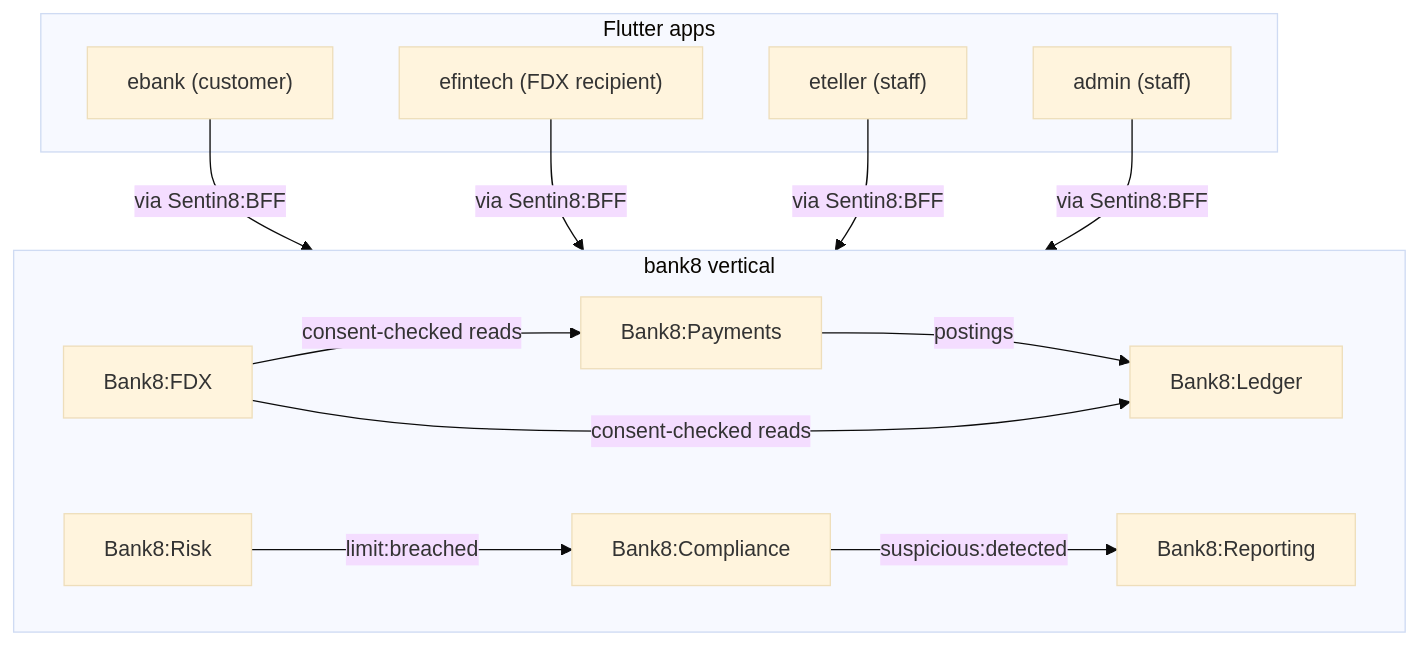
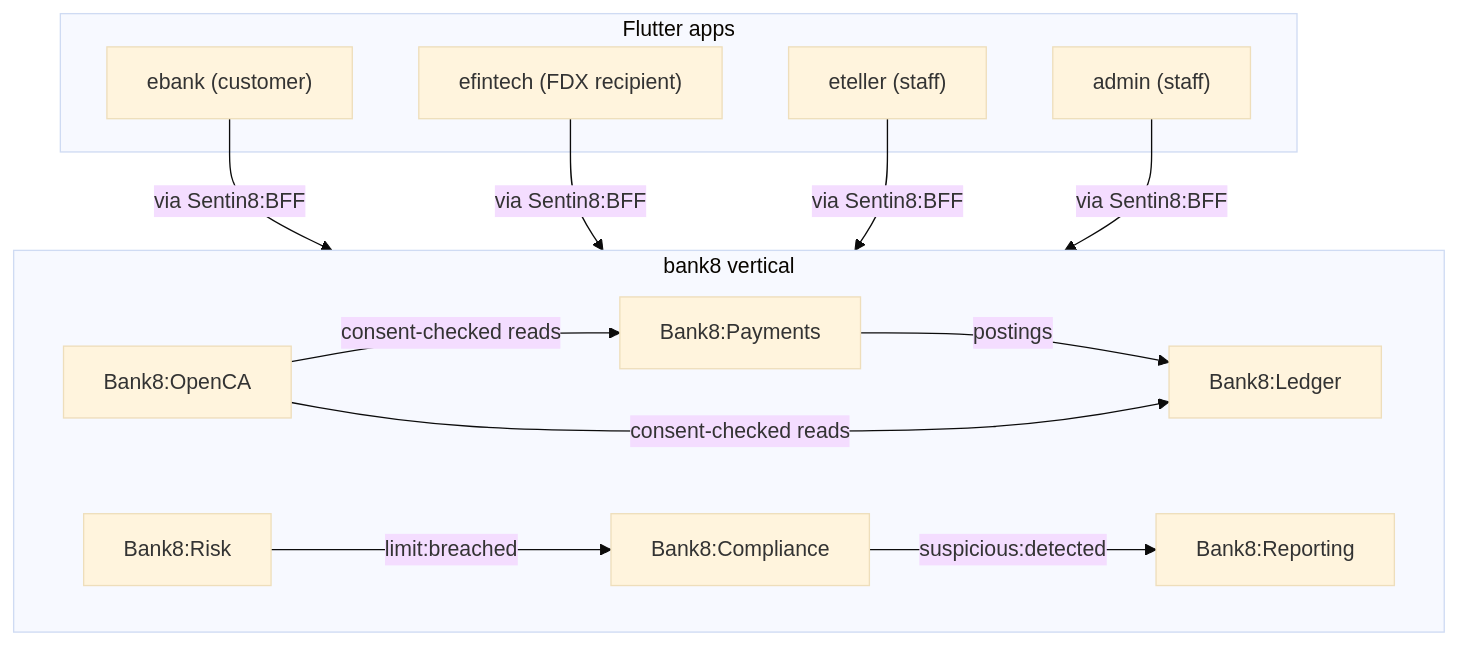
Before and after one commit to Bank8-dev/bank8-site: the diagram in docs/index.md, drawn with Mermaid (base theme). The commit also changed 300 other files, not shown here.

First line of the commit message:
OBARCH: bank8-fdx -> bank8-open-ca across the site

````diff
--- a/docs/index.md
+++ b/docs/index.md
@@ -14,22 +14,22 @@
 ```mermaid
 graph TD
     subgraph apps["Flutter apps"]
         EB["ebank (customer)"]
         EF["efintech (FDX recipient)"]
         ET["eteller (staff)"]
         AD["admin (staff)"]
     end
     subgraph vertical["bank8 vertical"]
         LEDGER["Bank8:Ledger"]
         PAY["Bank8:Payments"]
-        FDX["Bank8:FDX"]
+        FDX["Bank8:OpenCA"]
         RPT["Bank8:Reporting"]
         RSK["Bank8:Risk"]
         CMP["Bank8:Compliance"]
     end
     EB & EF & ET & AD -->|"via Sentin8:BFF"| vertical
     PAY -->|"postings"| LEDGER
     FDX -->|"consent-checked reads"| LEDGER & PAY
     CMP -->|"suspicious:detected"| RPT
     RSK -->|"limit:breached"| CMP
 ```
````
